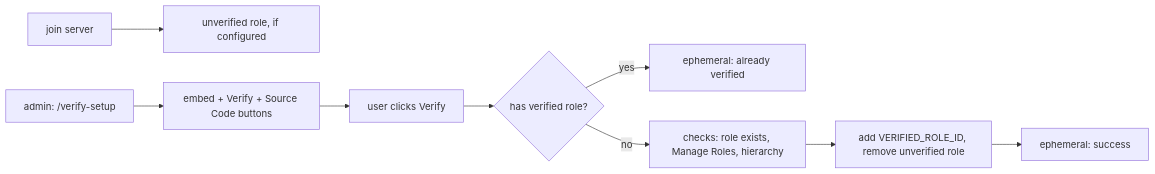
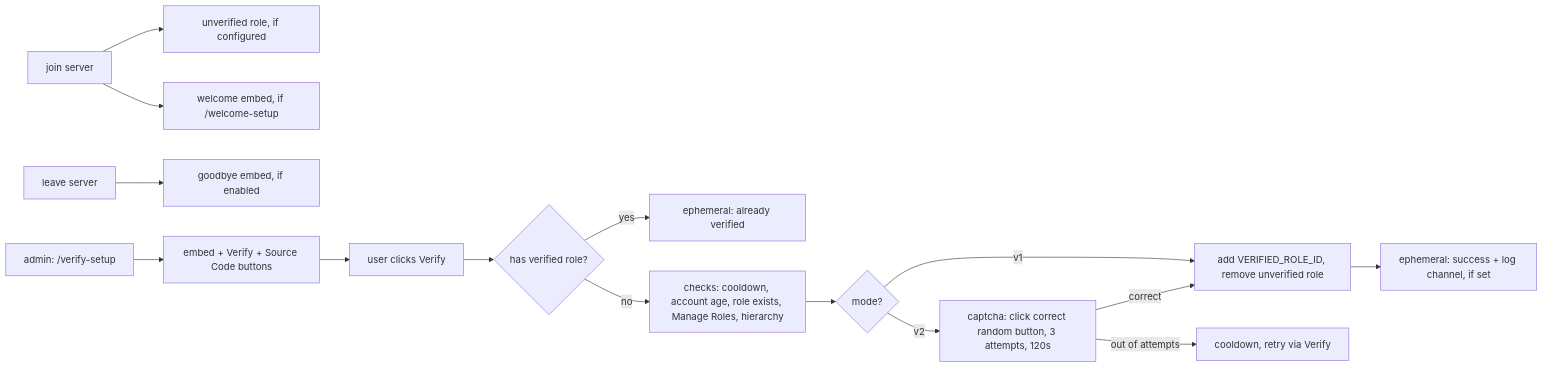
The diagram in README.md (HumanAnomaly/DiscordVerifier), drawn with Mermaid before and after one commit. The commit also changed other lines of this file and 18 other files, not shown here.

````diff
--- a/README.md
+++ b/README.md
@@ -78,11 +83,17 @@
 ```mermaid
 flowchart LR
     J[join server] --> U[unverified role, if configured]
+    J --> W[welcome embed, if /welcome-setup]
+    L[leave server] --> G[goodbye embed, if enabled]
     A[admin: /verify-setup] --> B[embed + Verify + Source Code buttons]
     B --> C[user clicks Verify]
     C --> D{has verified role?}
     D -->|yes| E[ephemeral: already verified]
-    D -->|no| F[checks: role exists, Manage Roles, hierarchy]
-    F --> G[add VERIFIED_ROLE_ID, remove unverified role]
-    G --> H[ephemeral: success]
+    D -->|no| F[checks: cooldown, account age, role exists, Manage Roles, hierarchy]
+    F --> M{mode?}
+    M -->|v1| G1[add VERIFIED_ROLE_ID, remove unverified role]
+    M -->|v2| K[captcha: click correct random button, 3 attempts, 120s]
+    K -->|correct| G1
+    K -->|out of attempts| K2[cooldown, retry via Verify]
+    G1 --> H[ephemeral: success + log channel, if set]
 ```
````
